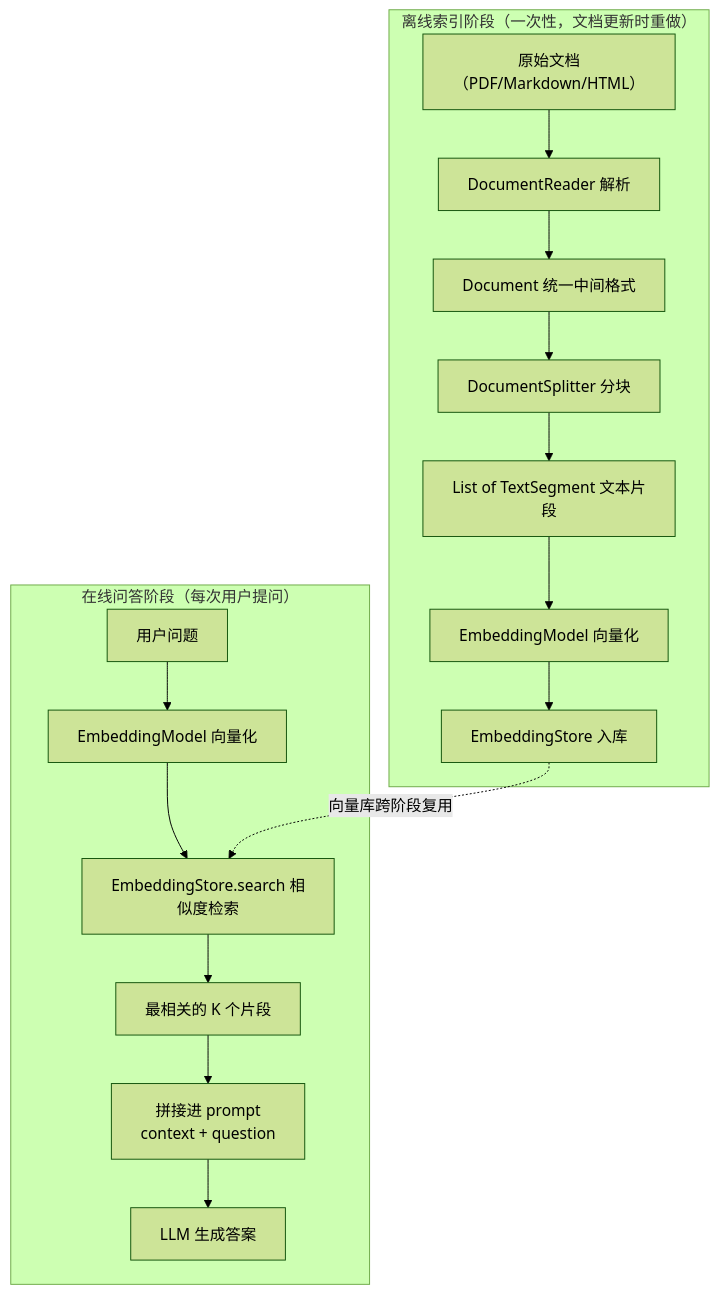
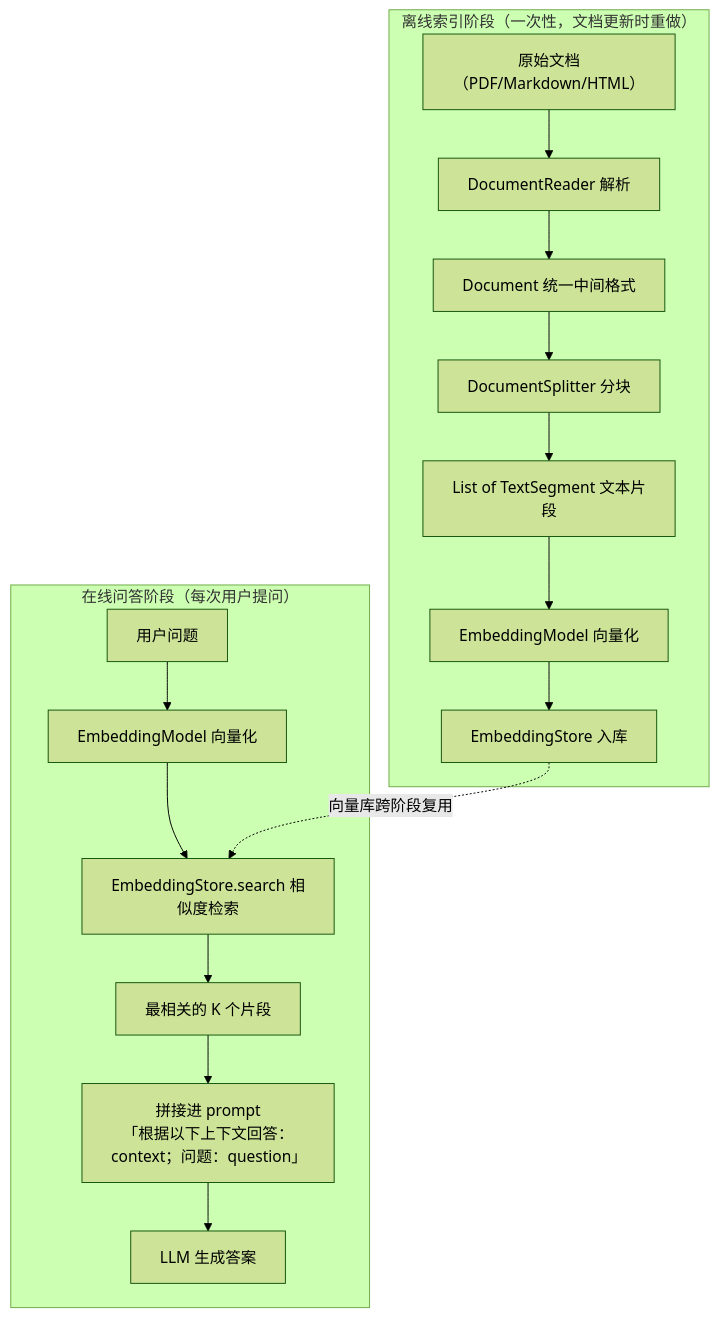
Before and after one commit to UranusGit/java-agent-learn: the first of 4 diagrams in docs/tutorials/langchain4j/05-RAG实战.md, drawn with Mermaid (forest theme). The commit also changed other lines of this file and 137 other files, not shown here.

First line of the commit message:
docs全库mermaid图质量深化：改写残留字符画、补缺图、修坏图

````diff
--- a/docs/tutorials/langchain4j/05-RAG实战.md
+++ b/docs/tutorials/langchain4j/05-RAG实战.md
@@ -79,19 +39,19 @@
 ```mermaid
 flowchart TD
     subgraph OFF["离线索引阶段（一次性，文档更新时重做）"]
         D1["原始文档（PDF/Markdown/HTML）"] --> D2["DocumentReader 解析"]
         D2 --> D3["Document 统一中间格式"]
         D3 --> D4["DocumentSplitter 分块"]
         D4 --> D5["List of TextSegment 文本片段"]
         D5 --> D6["EmbeddingModel 向量化"]
         D6 --> D7["EmbeddingStore 入库"]
     end
     subgraph ON["在线问答阶段（每次用户提问）"]
         Q1["用户问题"] --> Q2["EmbeddingModel 向量化"]
         Q2 --> Q3["EmbeddingStore.search 相似度检索"]
         Q3 --> Q4["最相关的 K 个片段"]
-        Q4 --> Q5["拼接进 prompt<br/>context + question"]
+        Q4 --> Q5["拼接进 prompt<br/>「根据以下上下文回答：<br/>context；问题：question」"]
         Q5 --> Q6["LLM 生成答案"]
     end
     D7 -.->|"向量库跨阶段复用"| Q3
 ```
````
